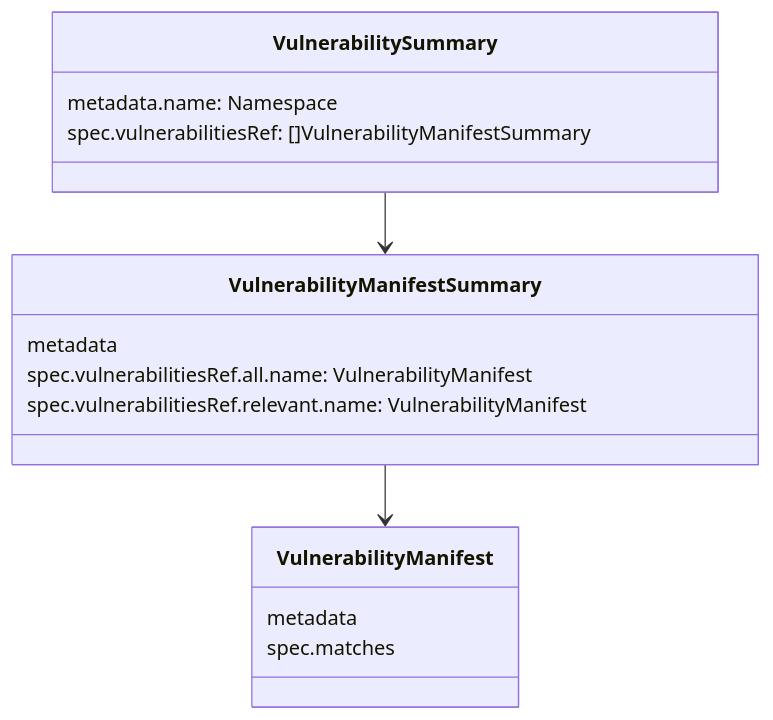
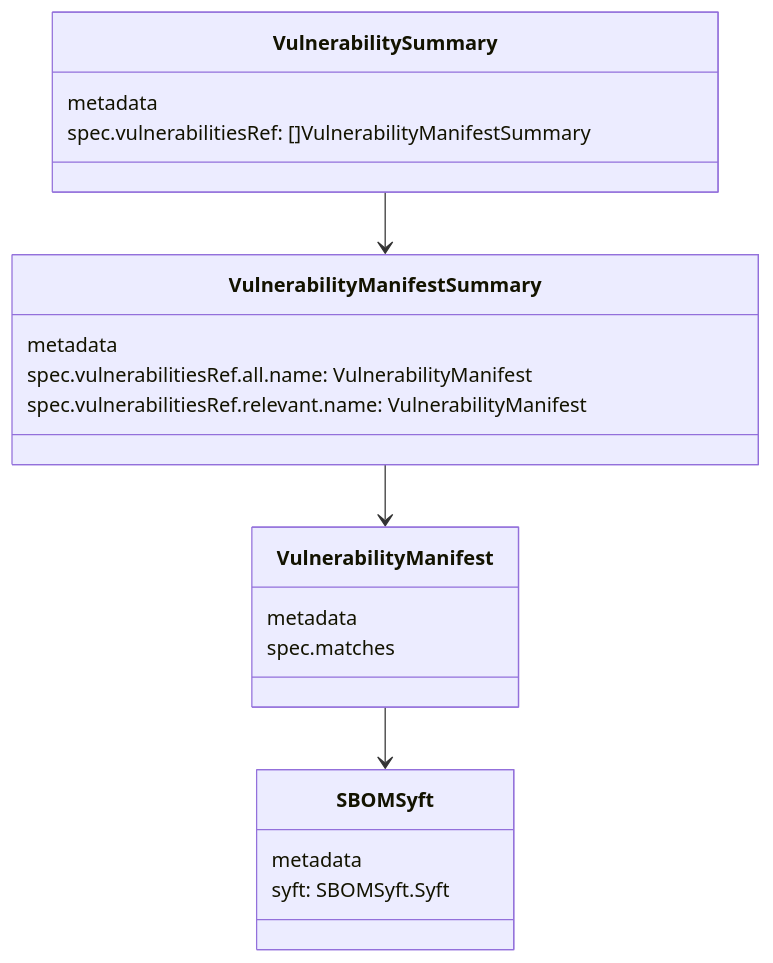
The first of 2 diagrams in docs/kubescape-model.md (kubebeam/kubescape-headlamp-plugin), drawn with Mermaid before and after one commit. The commit also changed other lines of this file and 1 other file, not shown here.

````diff
--- a/docs/kubescape-model.md
+++ b/docs/kubescape-model.md
@@ -7,22 +7,29 @@
 ```mermaid
+
  classDiagram
 
     class VulnerabilityManifestSummary {
         metadata
         spec.vulnerabilitiesRef.all.name: VulnerabilityManifest
         spec.vulnerabilitiesRef.relevant.name: VulnerabilityManifest
     }
 
     class VulnerabilityManifest {
         metadata
         spec.matches
     }
 
     class VulnerabilitySummary {
-        metadata.name: Namespace
+        metadata
         spec.vulnerabilitiesRef: []VulnerabilityManifestSummary
+    }
+
+    class SBOMSyft {
+        metadata
+        syft: SBOMSyft.Syft
     }
 
     VulnerabilityManifestSummary --> VulnerabilityManifest
     VulnerabilitySummary --> VulnerabilityManifestSummary
+    VulnerabilityManifest --> SBOMSyft
 ```
````
